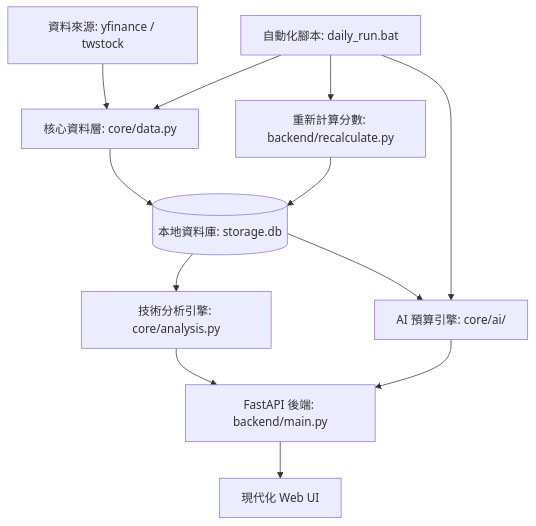
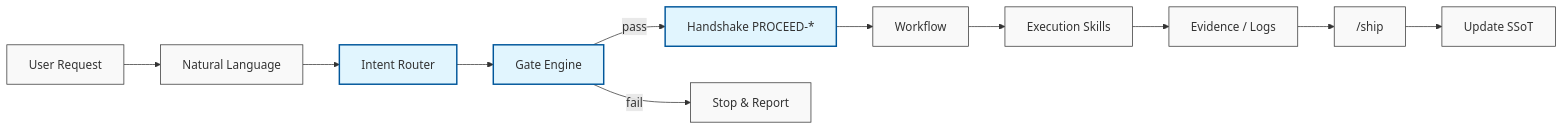
Before and after one commit to KbWen/smart-stock: the first of 2 diagrams in README.md, drawn with Mermaid. The commit also changed other lines of this file and 21 other files, not shown here.

````diff
--- a/README.md
+++ b/README.md
@@ -16,16 +52,19 @@
 ```mermaid
-graph TD
-    A[資料來源: yfinance / twstock] --> B[核心資料層: core/data.py]
-    B --> C[(本地資料庫: storage.db)]
-    D[技術分析引擎: core/analysis.py]
-    E[AI 預算引擎: core/ai/]
-    C --> D
-    C --> E
-    D --> F[FastAPI 後端: backend/main.py]
-    E --> F
-    F --> G[現代化 Web UI]
-    H[自動化腳本: daily_run.bat] --> B
-    H --> E
-    H --> I[重新計算分數: backend/recalculate.py]
-    I --> C
+flowchart LR
+    A[User Request] --> B[Natural Language]
+    B --> C[Intent Router]
+    C --> D[Gate Engine]
+
+    D -->|pass| E["Handshake PROCEED-*"]
+    D -->|fail| X["Stop & Report"]
+
+    E --> F[Workflow]
+    F --> G[Execution Skills]
+    G --> H["Evidence / Logs"]
+    H --> I["/ship"]
+    I --> J[Update SSoT]
+    
+    classDef default fill:#f9f9f9,stroke:#333,stroke-width:1px;
+    classDef highlight fill:#e1f5fe,stroke:#01579b,stroke-width:2px;
+    class C,D,E highlight;
 ```
````
